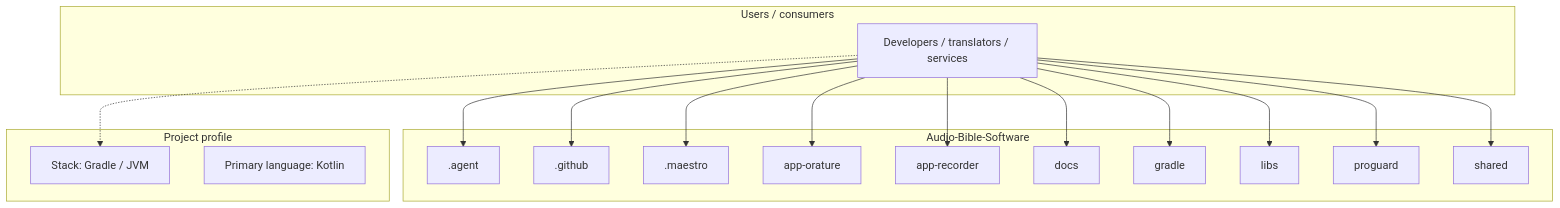
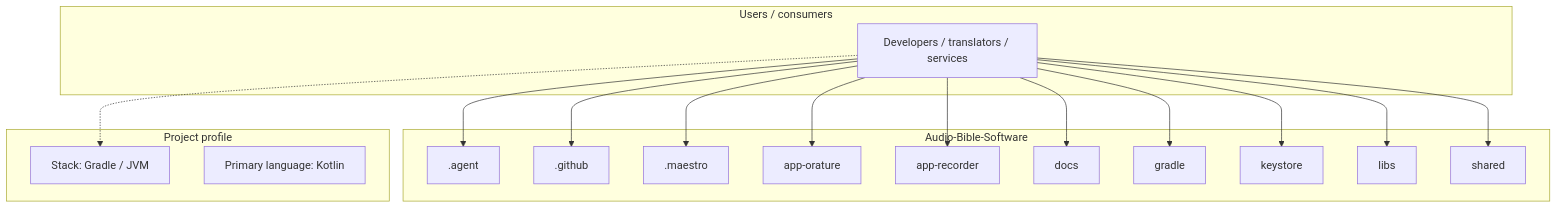
The first of 3 diagrams in architecture/Bible-Translation-Tools/Audio-Bible-Software-architecture.md (AnonymousWalker/project-repos-diagram), drawn with Mermaid before and after one commit. The commit also changed other lines of this file and 4 other files, not shown here.

Commit message:
chore: refresh architecture diagrams

````diff
--- a/architecture/Bible-Translation-Tools/Audio-Bible-Software-architecture.md
+++ b/architecture/Bible-Translation-Tools/Audio-Bible-Software-architecture.md
@@ -9,36 +9,36 @@
 ```mermaid
 flowchart TB
   subgraph users["Users / consumers"]
     Users["Developers / translators / services"]
   end
 
   subgraph project["Audio-Bible-Software"]
     M0[".agent"]
     M1[".github"]
     M2[".maestro"]
     M3["app-orature"]
     M4["app-recorder"]
     M5["docs"]
     M6["gradle"]
-    M7["libs"]
-    M8["proguard"]
+    M7["keystore"]
+    M8["libs"]
     M9["shared"]
   end
 
   subgraph meta["Project profile"]
     Stack["Stack: Gradle / JVM"]
     Lang["Primary language: Kotlin"]
   end
 
   Users --> M0
   Users --> M1
   Users --> M2
   Users --> M3
   Users --> M4
   Users --> M5
   Users --> M6
   Users --> M7
   Users --> M8
   Users --> M9
   Users -.-> Stack
 ```
````
